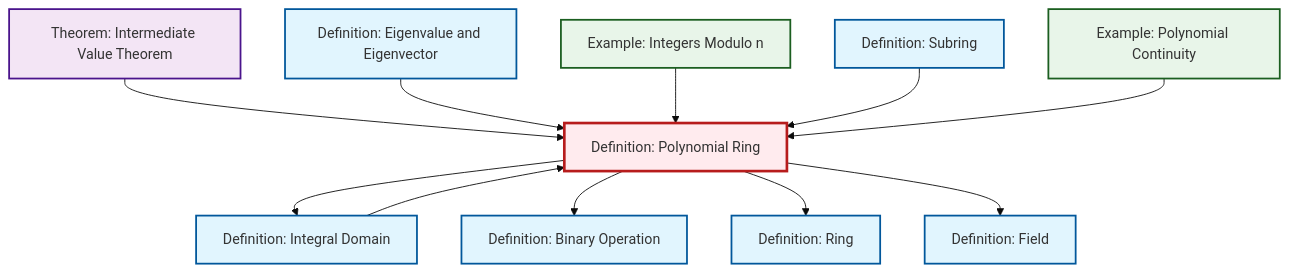
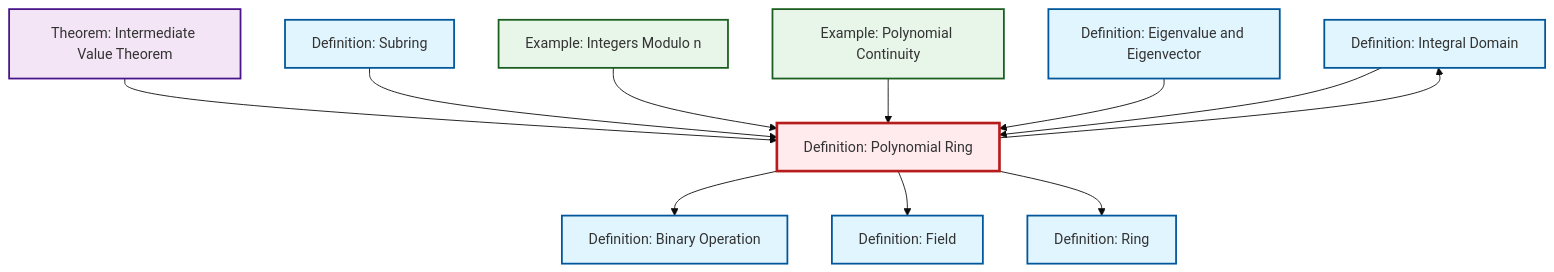
Before and after one commit to RK0429/ModernMath: the diagram in content/en/algebra/def-polynomial-ring.qmd, drawn with Mermaid (base theme). The commit also changed other lines of this file and 328 other files, not shown here.

````diff
--- a/content/en/algebra/def-polynomial-ring.qmd
+++ b/content/en/algebra/def-polynomial-ring.qmd
@@ -94,39 +94,39 @@
 ```{mermaid}
 %%| fig-cap: "Local dependency graph"
 graph TD
     classDef definition fill:#e1f5fe,stroke:#01579b,stroke-width:2px
     classDef theorem fill:#f3e5f5,stroke:#4a148c,stroke-width:2px
     classDef axiom fill:#fff3e0,stroke:#e65100,stroke-width:2px
     classDef example fill:#e8f5e9,stroke:#1b5e20,stroke-width:2px
     classDef current fill:#ffebee,stroke:#b71c1c,stroke-width:3px
+    def-integral-domain["Definition: Integral Domain"]:::definition
+    def-field["Definition: Field"]:::definition
+    thm-intermediate-value["Theorem: Intermediate Value Theorem"]:::theorem
+    def-ring["Definition: Ring"]:::definition
+    ex-quotient-integers-mod-n["Example: Integers Modulo n"]:::example
+    def-eigenvalue-eigenvector["Definition: Eigenvalue and Eigenvector"]:::definition
+    def-binary-operation["Definition: Binary Operation"]:::definition
+    def-subring["Definition: Subring"]:::definition
     ex-polynomial-continuity["Example: Polynomial Continuity"]:::example
-    def-binary-operation["Definition: Binary Operation"]:::definition
-    def-eigenvalue-eigenvector["Definition: Eigenvalue and Eigenvector"]:::definition
-    def-integral-domain["Definition: Integral Domain"]:::definition
-    def-subring["Definition: Subring"]:::definition
-    ex-quotient-integers-mod-n["Example: Integers Modulo n"]:::example
     def-polynomial-ring["Definition: Polynomial Ring"]:::definition
-    def-ring["Definition: Ring"]:::definition
-    thm-intermediate-value["Theorem: Intermediate Value Theorem"]:::theorem
-    def-field["Definition: Field"]:::definition
-    def-polynomial-ring --> def-integral-domain
     thm-intermediate-value --> def-polynomial-ring
     def-polynomial-ring --> def-binary-operation
+    def-polynomial-ring --> def-integral-domain
+    def-subring --> def-polynomial-ring
+    ex-quotient-integers-mod-n --> def-polynomial-ring
+    def-polynomial-ring --> def-field
+    ex-polynomial-continuity --> def-polynomial-ring
     def-eigenvalue-eigenvector --> def-polynomial-ring
+    def-polynomial-ring --> def-ring
     def-integral-domain --> def-polynomial-ring
-    ex-quotient-integers-mod-n --> def-polynomial-ring
-    def-subring --> def-polynomial-ring
-    def-polynomial-ring --> def-ring
-    ex-polynomial-continuity --> def-polynomial-ring
-    def-polynomial-ring --> def-field
     class def-polynomial-ring current
+    click def-integral-domain "def-integral-domain.html" "Go to Integral Domain definition"
+    click def-field "def-field.html" "Go to Field definition"
+    click thm-intermediate-value "thm-intermediate-value.html" "Go to Intermediate Value Theorem theorem"
+    click def-ring "def-ring.html" "Go to Ring definition"
+    click ex-quotient-integers-mod-n "ex-quotient-integers-mod-n.html" "Go to Integers Modulo n example"
+    click def-eigenvalue-eigenvector "def-eigenvalue-eigenvector.html" "Go to Eigenvalue and Eigenvector definition"
+    click def-binary-operation "def-binary-operation.html" "Go to Binary Operation definition"
+    click def-subring "def-subring.html" "Go to Subring definition"
     click ex-polynomial-continuity "ex-polynomial-continuity.html" "Go to Polynomial Continuity example"
-    click def-binary-operation "def-binary-operation.html" "Go to Binary Operation definition"
-    click def-eigenvalue-eigenvector "def-eigenvalue-eigenvector.html" "Go to Eigenvalue and Eigenvector definition"
-    click def-integral-domain "def-integral-domain.html" "Go to Integral Domain definition"
-    click def-subring "def-subring.html" "Go to Subring definition"
-    click ex-quotient-integers-mod-n "ex-quotient-integers-mod-n.html" "Go to Integers Modulo n example"
-    click def-ring "def-ring.html" "Go to Ring definition"
-    click thm-intermediate-value "thm-intermediate-value.html" "Go to Intermediate Value Theorem theorem"
-    click def-field "def-field.html" "Go to Field definition"
 ```
````
